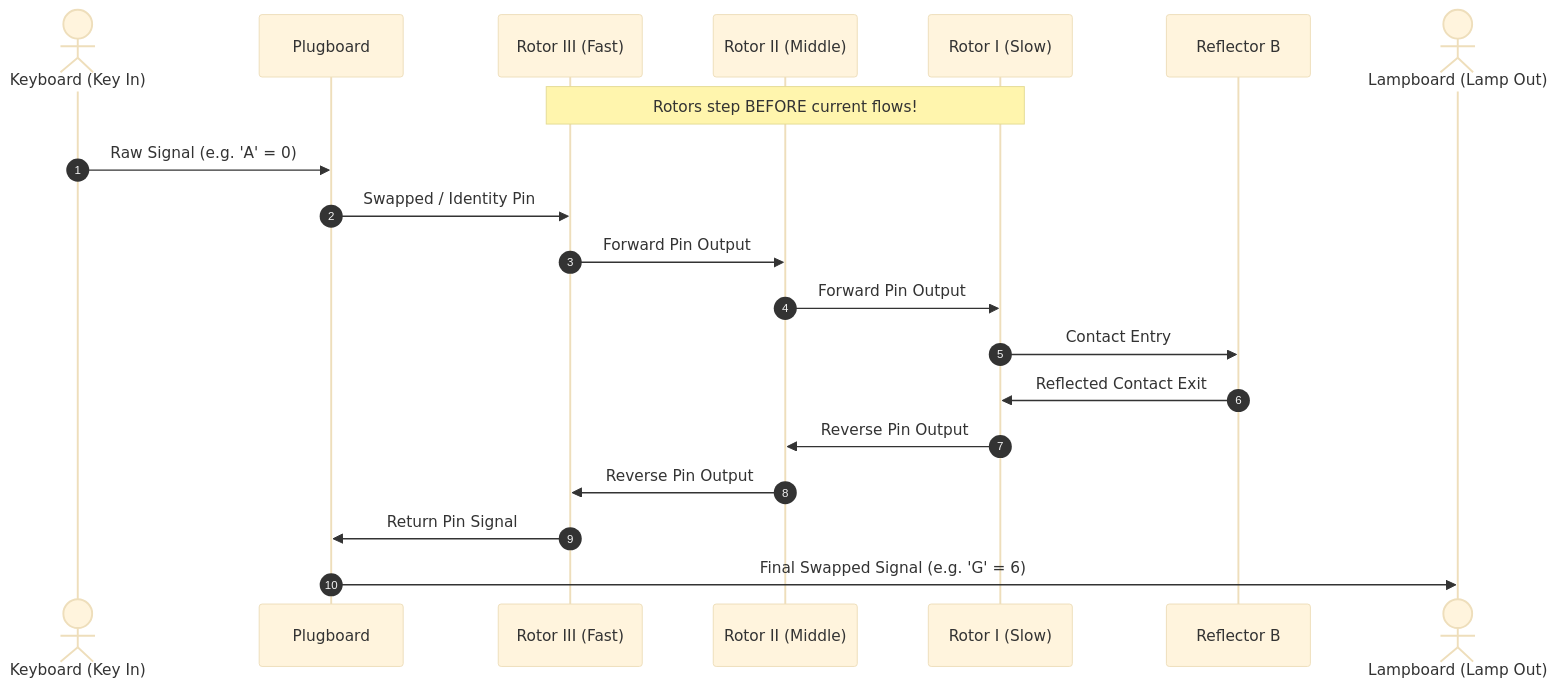
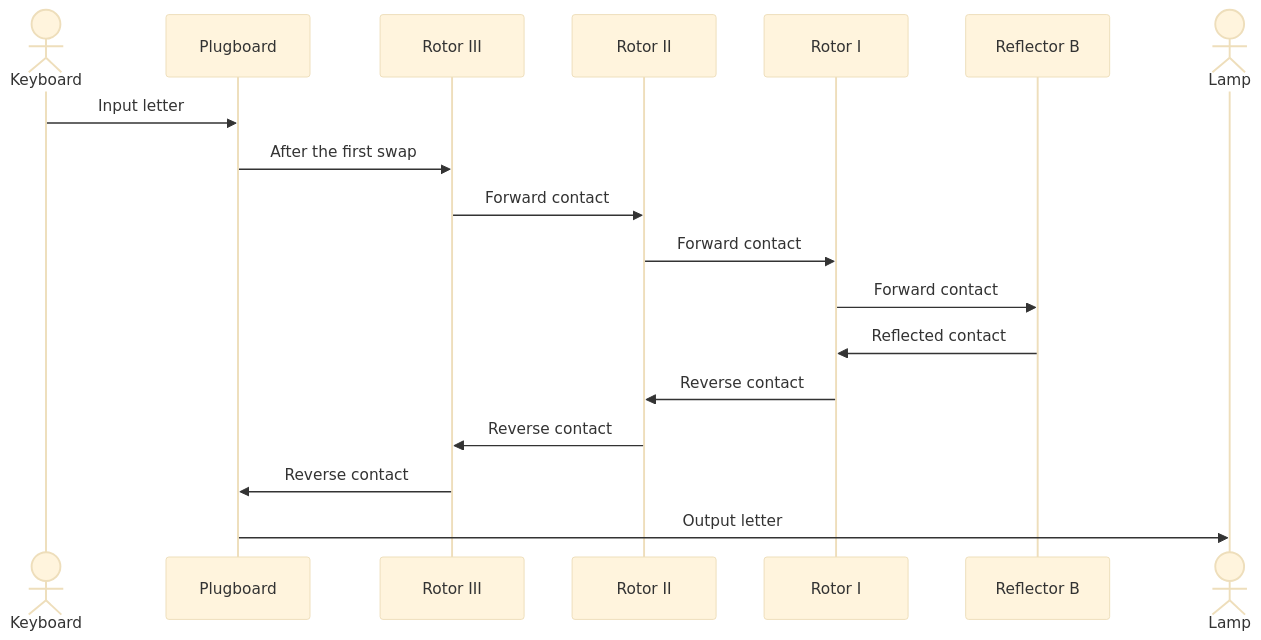
One commit to Ctrlm0nster/Enigma changed the diagram in documentation/SignalFlow.md. Above: the diagram before and after it, drawn with Mermaid (base theme). The commit also changed other lines of this file and 23 other files, not shown here.

````diff
--- a/documentation/SignalFlow.md
+++ b/documentation/SignalFlow.md
@@ -15,23 +11,21 @@
 ```mermaid
 sequenceDiagram
-    autonumber
-    actor Key as Keyboard (Key In)
-    participant PB as Plugboard
-    participant R3 as Rotor III (Fast)
-    participant R2 as Rotor II (Middle)
-    participant R1 as Rotor I (Slow)
-    participant REF as Reflector B
-    actor Lamp as Lampboard (Lamp Out)
+    actor Key as Keyboard
+    participant P as Plugboard
+    participant III as Rotor III
+    participant II as Rotor II
+    participant I as Rotor I
+    participant B as Reflector B
+    actor Lamp
 
-    Note over R3,R1: Rotors step BEFORE current flows!
-    Key->>PB: Raw Signal (e.g. 'A' = 0)
-    PB->>R3: Swapped / Identity Pin
-    R3->>R2: Forward Pin Output
-    R2->>R1: Forward Pin Output
-    R1->>REF: Contact Entry
-    REF->>R1: Reflected Contact Exit
-    R1->>R2: Reverse Pin Output
-    R2->>R3: Reverse Pin Output
-    R3->>PB: Return Pin Signal
-    PB->>Lamp: Final Swapped Signal (e.g. 'G' = 6)
+    Key->>P: Input letter
+    P->>III: After the first swap
+    III->>II: Forward contact
+    II->>I: Forward contact
+    I->>B: Forward contact
+    B->>I: Reflected contact
+    I->>II: Reverse contact
+    II->>III: Reverse contact
+    III->>P: Reverse contact
+    P->>Lamp: Output letter
 ```
````
